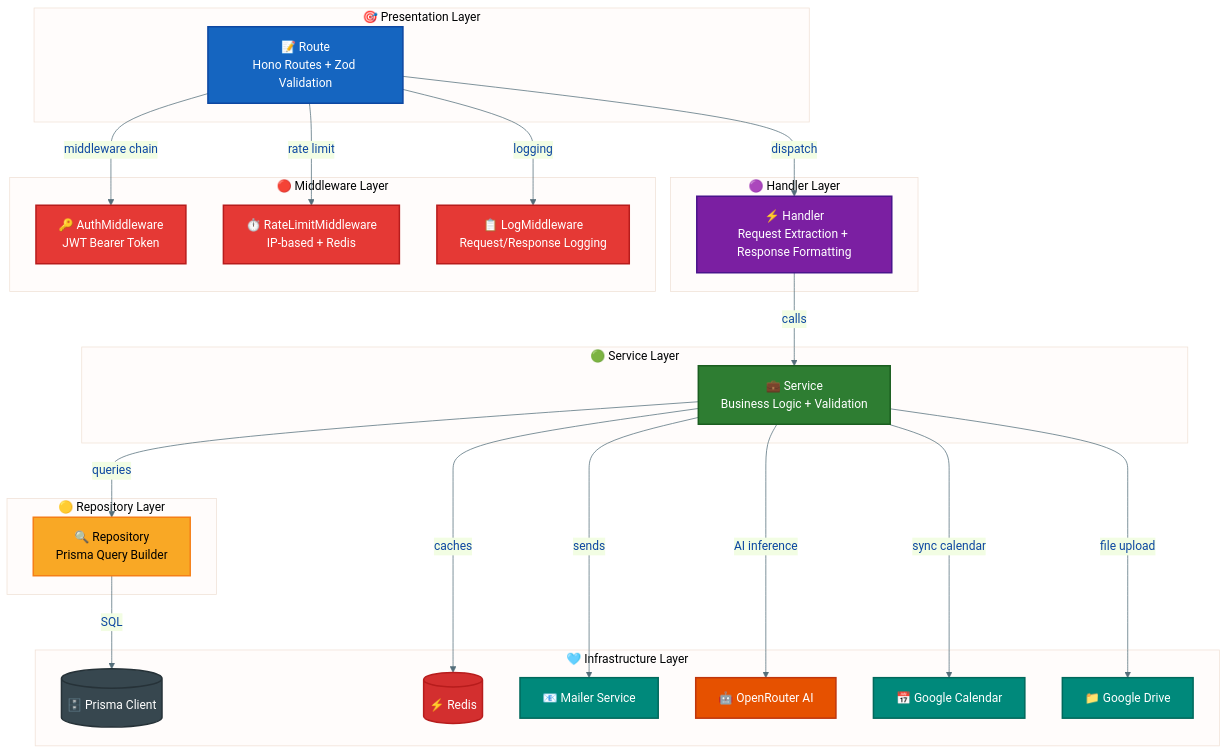
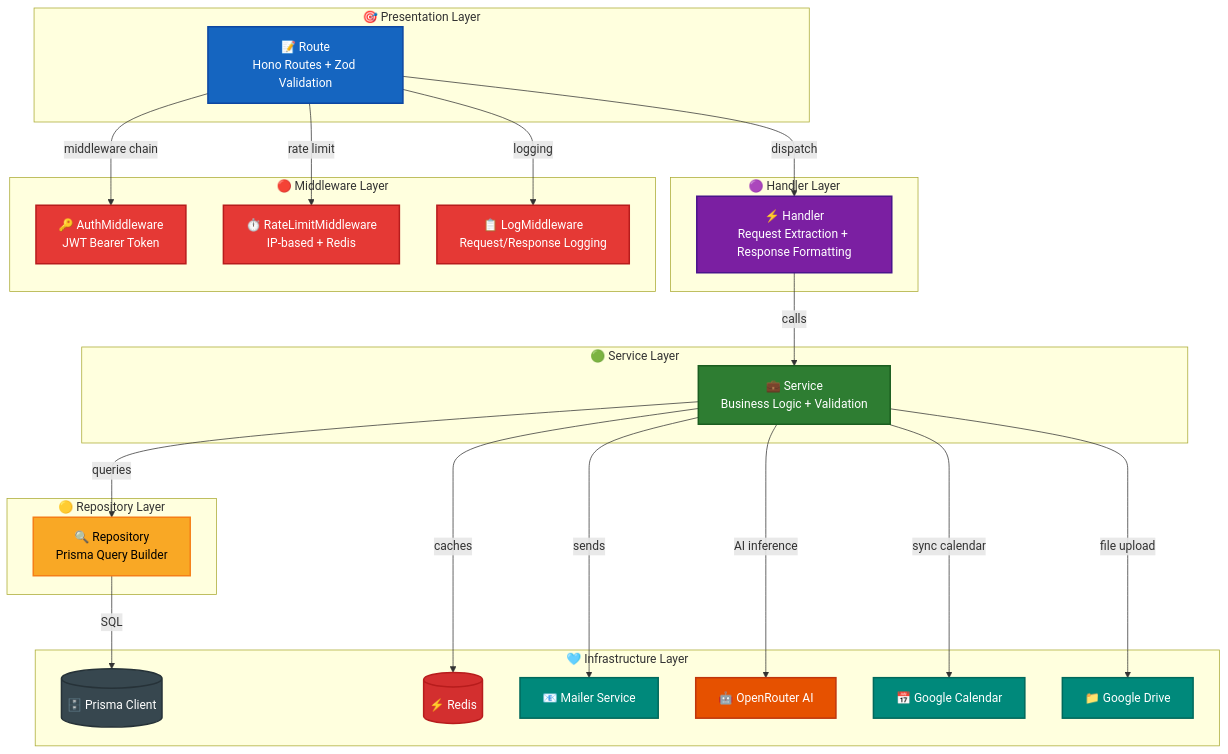
One commit to luna-gindra/c4-architecture-hono-api-seminar changed the first of 12 diagrams in architecture-c4-level4.md. Above: the diagram before and after it, drawn with Mermaid. The commit also changed other lines of this file and 1 other file, not shown here.

First line of the commit message:
🎨 Fix: Switch all diagrams to default (white) theme for GitHub readability

````diff
--- a/architecture-c4-level4.md
+++ b/architecture-c4-level4.md
@@ -28,74 +28,69 @@
 ```mermaid
-%%{init: {"theme": "base", "themeVariables": {
-    "primaryColor": "#E3F2FD",
-    "primaryTextColor": "#0D47A1",
-    "lineColor": "#546E7A",
-    "fontSize": 14
-}}}%%
+%%{init: {"theme": "default"}}%%
 graph TB
     subgraph PRESENTATION ["🎯 Presentation Layer"]
         R["📝 Route<br/>Hono Routes + Zod Validation"]
     end
 
     subgraph HANDLER_LAYER ["🟣 Handler Layer"]
         H["⚡ Handler<br/>Request Extraction + Response Formatting"]
     end
 
     subgraph MIDDLEWARE_LAYER ["🔴 Middleware Layer"]
         AUTH["🔑 AuthMiddleware<br/>JWT Bearer Token"]
         RL["⏱️ RateLimitMiddleware<br/>IP-based + Redis"]
         LOG["📋 LogMiddleware<br/>Request/Response Logging"]
     end
 
     subgraph SERVICE_LAYER ["🟢 Service Layer"]
         S["💼 Service<br/>Business Logic + Validation"]
     end
 
     subgraph REPO_LAYER ["🟡 Repository Layer"]
         REPO["🔍 Repository<br/>Prisma Query Builder"]
     end
 
     subgraph INFRA_LAYER ["🩵 Infrastructure Layer"]
         DB[("🗄️ Prisma Client")]
         REDIS[("⚡ Redis")]
         SMTP["📧 Mailer Service"]
         OR["🤖 OpenRouter AI"]
         GCAL["📅 Google Calendar"]
         GDRIVE["📁 Google Drive"]
     end
 
     R -->|"middleware chain"| AUTH
     R -->|"rate limit"| RL
     R -->|"logging"| LOG
     R -->|"dispatch"| H
     H -->|"calls"| S
     S -->|"queries"| REPO
     S -->|"caches"| REDIS
     S -->|"sends"| SMTP
     S -->|"AI inference"| OR
     S -->|"sync calendar"| GCAL
     S -->|"file upload"| GDRIVE
     REPO -->|"SQL"| DB
 
     style R fill:#1565C0,color:#fff,stroke:#0D47A1,stroke-width:2px
     style H fill:#7B1FA2,color:#fff,stroke:#4A148C,stroke-width:2px
     style AUTH fill:#E53935,color:#fff,stroke:#B71C1C,stroke-width:2px
     style RL fill:#E53935,color:#fff,stroke:#B71C1C,stroke-width:2px
     style LOG fill:#E53935,color:#fff,stroke:#B71C1C,stroke-width:2px
     style S fill:#2E7D32,color:#fff,stroke:#1B5E20,stroke-width:2px
     style REPO fill:#F9A825,color:#000,stroke:#F57F17,stroke-width:2px
     style DB fill:#37474F,color:#fff,stroke:#263238,stroke-width:2px
     style REDIS fill:#D32F2F,color:#fff,stroke:#B71C1C,stroke-width:2px
     style SMTP fill:#00897B,color:#fff,stroke:#00695C,stroke-width:2px
     style OR fill:#E65100,color:#fff,stroke:#BF360C,stroke-width:2px
     style GCAL fill:#00897B,color:#fff,stroke:#00695C,stroke-width:2px
     style GDRIVE fill:#00897B,color:#fff,stroke:#00695C,stroke-width:2px
 
     classDef presentation fill:#1565C0,color:#fff
     classDef handler fill:#7B1FA2,color:#fff
     classDef middleware fill:#E53935,color:#fff
     classDef service fill:#2E7D32,color:#fff
     classDef repository fill:#F9A825,color:#000
     classDef infrastructure fill:#00897B,color:#fff
     classDef database fill:#37474F,color:#fff
 ```
````
